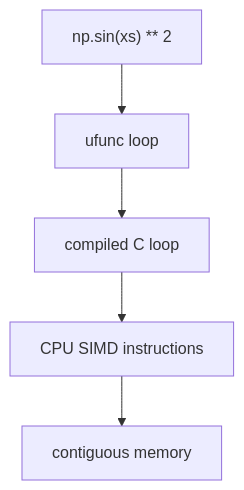
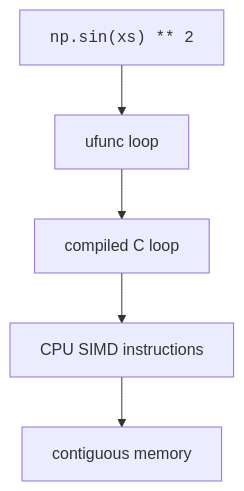
The first of 2 diagrams in content/learn/scientific-computing-python/vectorized-thinking.mdx (dataslope/dataslope), drawn with Mermaid before and after one commit. The commit also changed 218 other files, not shown here.

First line of the commit message:
Render code-only mermaid shapes in monospace; convert step sequences to Steps (#467)

````diff
--- a/content/learn/scientific-computing-python/vectorized-thinking.mdx
+++ b/content/learn/scientific-computing-python/vectorized-thinking.mdx
@@ -60,7 +60,7 @@
 ```mermaid
 flowchart TD
-    Code["np.sin(xs) ** 2"] --> Ufunc["ufunc loop"]
+    Code["<code>np.sin(xs) ** 2</code>"] --> Ufunc["ufunc loop"]
     Ufunc --> C["compiled C loop"]
     C --> SIMD["CPU SIMD instructions"]
     SIMD --> Mem["contiguous memory"]
 ```
````
